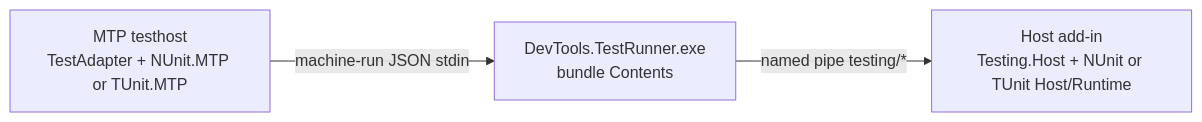
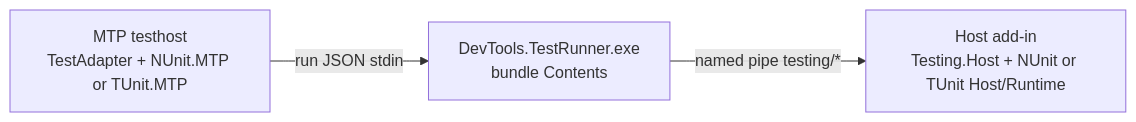
The diagram in docs/architecture/Testing/README.md (trgiangv/RevitDevTool), drawn with Mermaid before and after one commit. The commit also changed other lines of this file and 1 other file, not shown here.

First line of the commit message:
docs(architecture): fold Testing.Host providers and rename testing contracts

````diff
--- a/docs/architecture/Testing/README.md
+++ b/docs/architecture/Testing/README.md
@@ -174,9 +181,9 @@
 ```mermaid
 flowchart LR
   Testhost["MTP testhost\nTestAdapter + NUnit.MTP or TUnit.MTP"]
   Runner["DevTools.TestRunner.exe\nbundle Contents"]
   Host["Host add-in\nTesting.Host + NUnit or TUnit Host/Runtime"]
 
-  Testhost -->|"machine-run JSON stdin"| Runner
+  Testhost -->|"run JSON stdin"| Runner
   Runner -->|"named pipe testing/*"| Host
 ```
````
